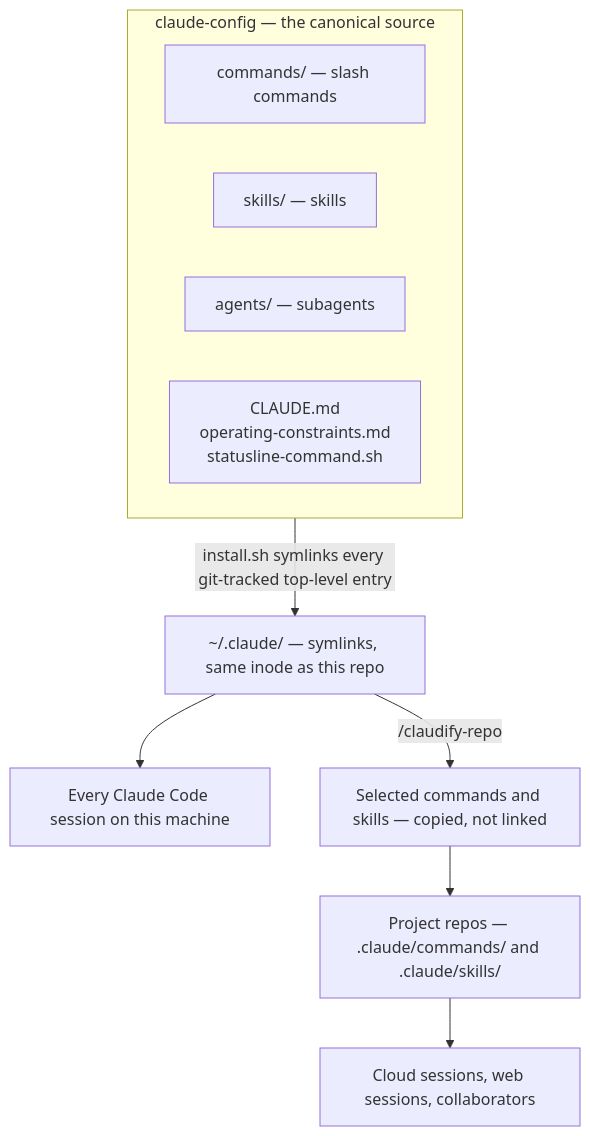
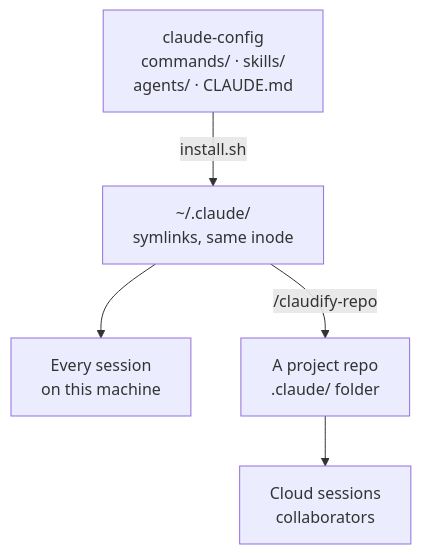
Before and after one commit to ksdisch/claude-config: the diagram in README.md, drawn with Mermaid.

Commit message:
fix(readme): shorten mermaid labels — GitHub was clipping them mid-word
The first render clipped every long node label ('commands/ — slash
commar', 'Every Claude Code session o'). Multi-line labels sized
correctly, so the fix is short lines with <br/> breaks: 5 nodes, no line
over 20 characters. The 'copied, not linked' nuance moves to the bullets
below, which already state it.

Claude-Session: https://claude.ai/code/session_01561WY4DU5Xf1zg4Uz4dr8E

````diff
--- a/README.md
+++ b/README.md
@@ -49,16 +49,13 @@
 ```mermaid
 flowchart TD
-    subgraph SRC["claude-config — the canonical source"]
-        CMD["commands/ — slash commands"]
-        SKL["skills/ — skills"]
-        AGT["agents/ — subagents"]
-        CFG["CLAUDE.md<br/>operating-constraints.md<br/>statusline-command.sh"]
-    end
+    SRC["claude-config<br/>commands/ · skills/<br/>agents/ · CLAUDE.md"]
+    HOME["~/.claude/<br/>symlinks, same inode"]
+    SESSION["Every session<br/>on this machine"]
+    PROJ["A project repo<br/>.claude/ folder"]
+    ELSE["Cloud sessions<br/>collaborators"]
 
-    SRC -->|"install.sh symlinks every git-tracked top-level entry"| HOME["~/.claude/ — symlinks, same inode as this repo"]
-    HOME --> SESSION["Every Claude Code session on this machine"]
-
-    HOME -->|"/claudify-repo"| VENDOR["Selected commands and skills — copied, not linked"]
-    VENDOR --> PROJ["Project repos — .claude/commands/ and .claude/skills/"]
-    PROJ --> ELSEWHERE["Cloud sessions, web sessions, collaborators"]
+    SRC -->|"install.sh"| HOME
+    HOME --> SESSION
+    HOME -->|"/claudify-repo"| PROJ
+    PROJ --> ELSE
 ```
````
